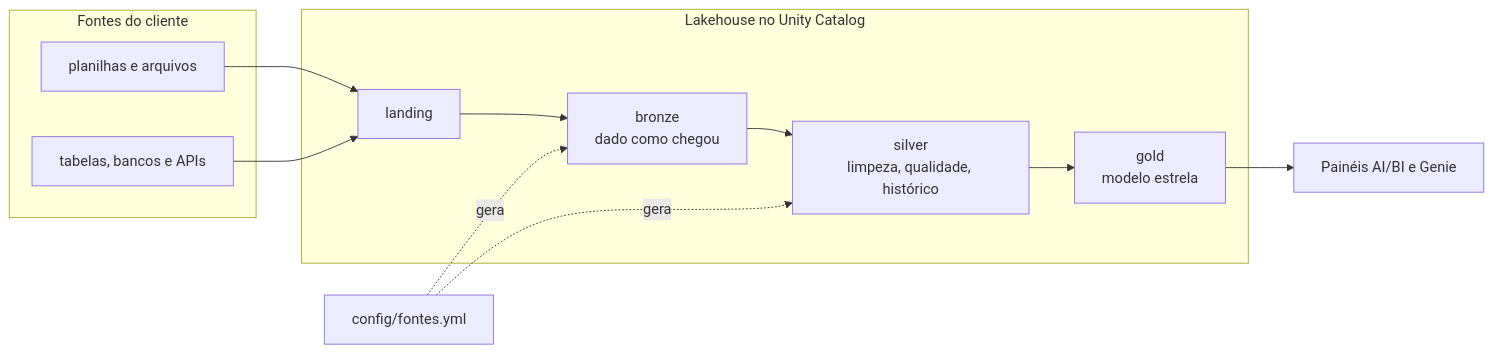
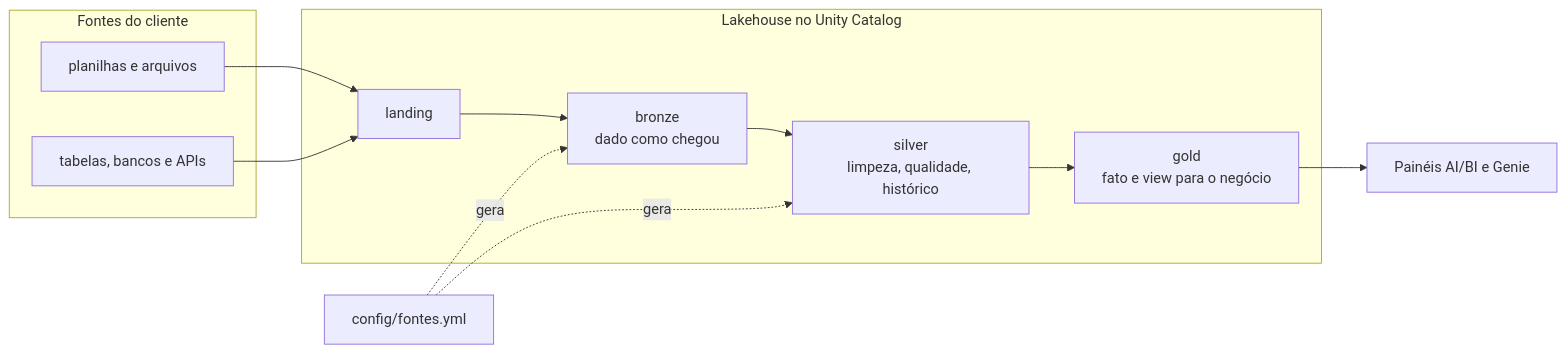
The first of 2 diagrams in README.md (JoaoGama-dev/databricks-lakehouse-essentials), drawn with Mermaid before and after one commit. The commit also changed other lines of this file and 26 other files, not shown here.

First line of the commit message:
Documenta o exemplo enxuto: schemas por camada, silver única e view

````diff
--- a/README.md
+++ b/README.md
@@ -18,19 +18,19 @@
 ```mermaid
 flowchart LR
     subgraph fontes["Fontes do cliente"]
         arquivos["planilhas e arquivos"]
         sistemas["tabelas, bancos e APIs"]
     end
     cfg["config/fontes.yml"]
     subgraph lakehouse["Lakehouse no Unity Catalog"]
         landing["landing"] --> bronze["bronze<br/>dado como chegou"]
         bronze --> silver["silver<br/>limpeza, qualidade, histórico"]
-        silver --> gold["gold<br/>modelo estrela"]
+        silver --> gold["gold<br/>fato e view para o negócio"]
     end
     paineis["Painéis AI/BI e Genie"]
     arquivos --> landing
     sistemas --> landing
     cfg -. "gera" .-> bronze
     cfg -. "gera" .-> silver
     gold --> paineis
 ```
````
